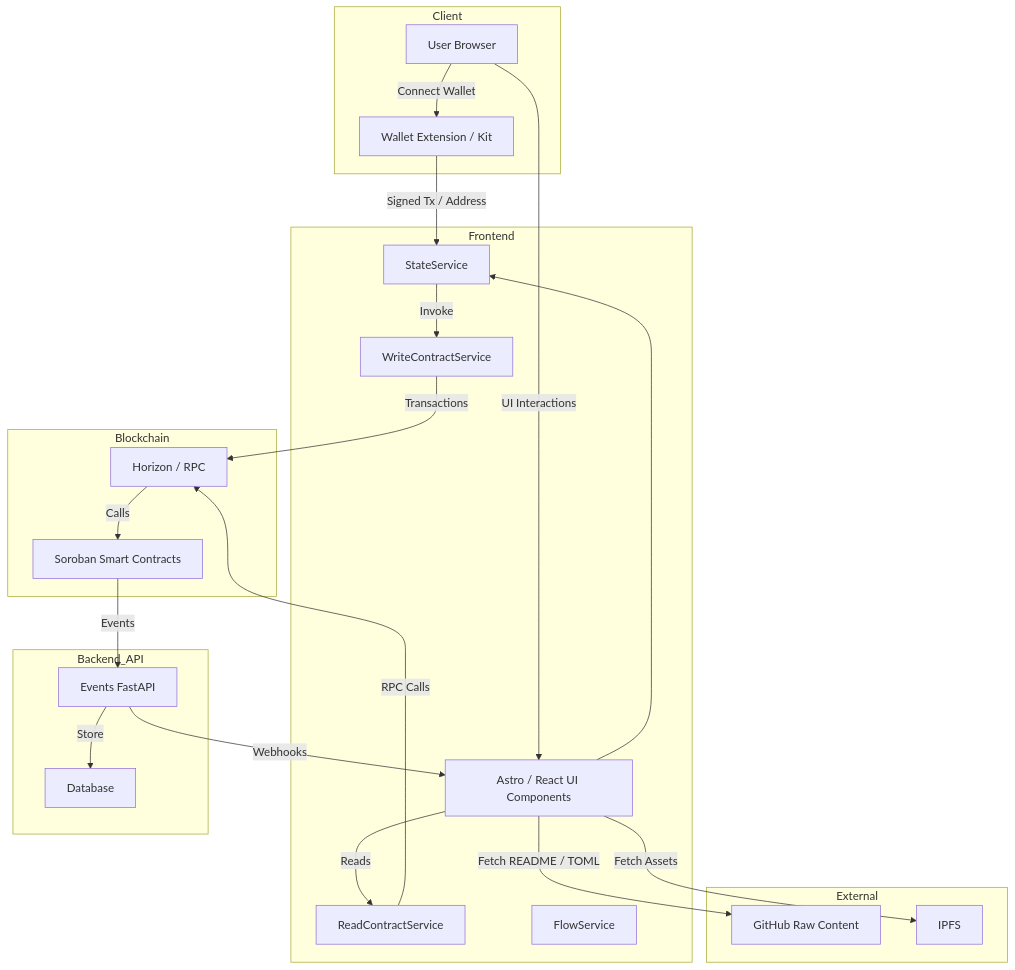
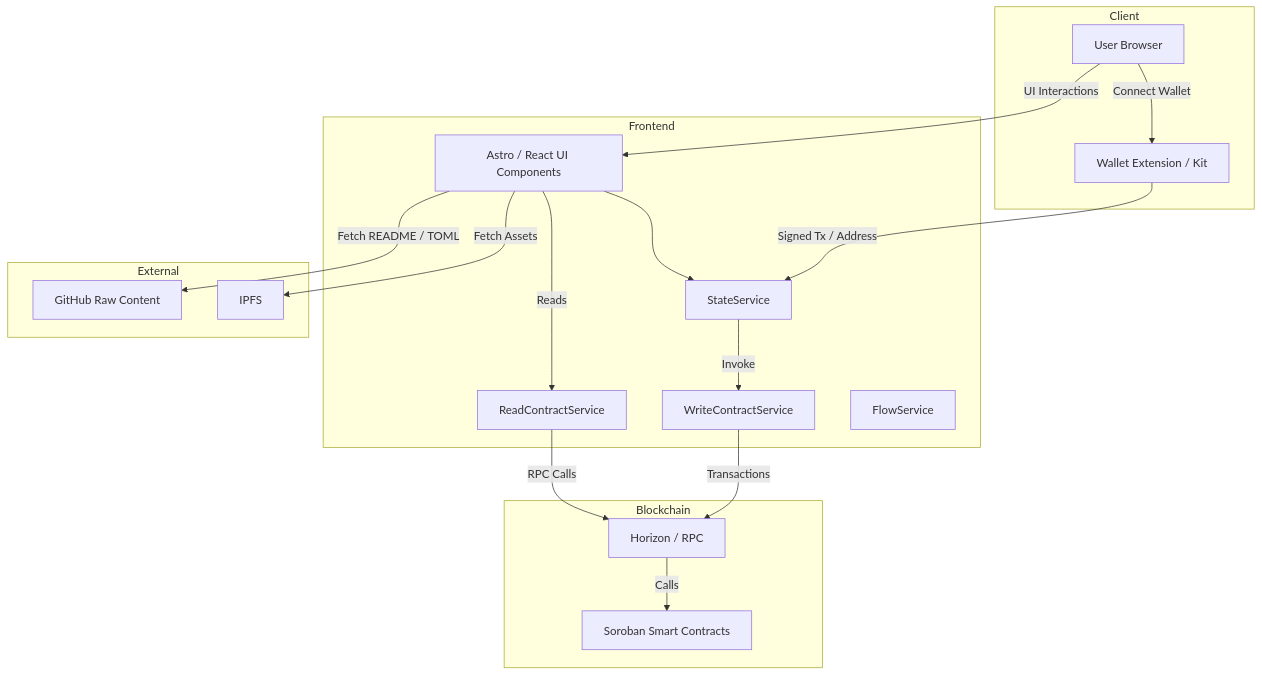
One commit to Consulting-Manao/tansu changed the first of 6 diagrams in website/docs/developers/user_flows.mdx. Above: the diagram before and after it, drawn with Mermaid. The commit also changed other lines of this file and 16 other files, not shown here.

````diff
--- a/website/docs/developers/user_flows.mdx
+++ b/website/docs/developers/user_flows.mdx
@@ -11,41 +11,34 @@
 ```mermaid
 flowchart TD
   subgraph Client
     A["User Browser"]
     B["Wallet Extension / Kit"]
   end
   subgraph Frontend
     C["Astro / React UI Components"]
     D["StateService"]
     E["ReadContractService"]
     F["WriteContractService"]
     G["FlowService"]
-  end
-  subgraph Backend_API
-    H["Events FastAPI"]
-    I["Database"]
   end
   subgraph Blockchain
     J["Soroban Smart Contracts"]
     K["Horizon / RPC"]
   end
   subgraph External
     L["GitHub Raw Content"]
     M["IPFS"]
   end
 
   A--"Connect Wallet"-->B
   A--"UI Interactions"-->C
   B--"Signed Tx / Address"-->D
   C-->D
   C--"Reads"-->E
   D--"Invoke"-->F
   F--"Transactions"-->K
   E--"RPC Calls"-->K
   K--"Calls"-->J
-  J--"Events"-->H
-  H--"Store"-->I
   C--"Fetch README / TOML"-->L
   C--"Fetch Assets"-->M
-  H--"Webhooks"-->C
 ```
````
